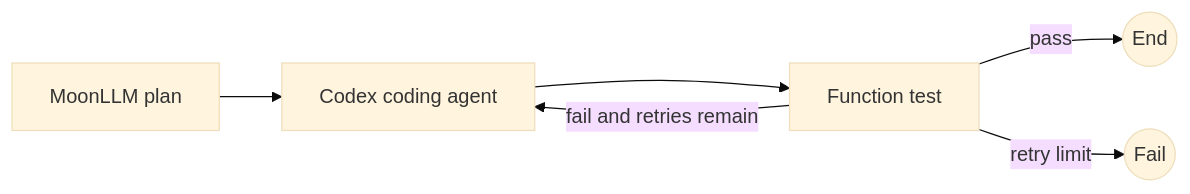
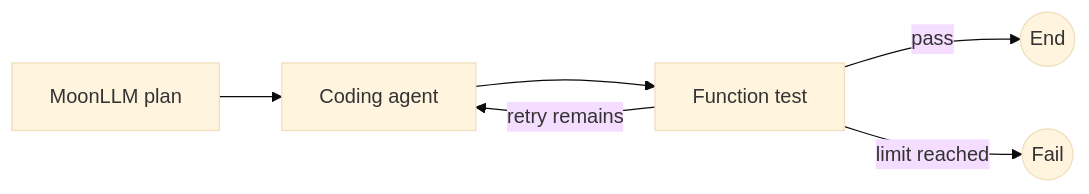
Before and after one commit to totto2727-org/monorepo: the diagram in mbt/package/moon-agent-graph/docs/testing.ja.md, drawn with Mermaid (base theme). The commit also changed other lines of this file and 11 other files, not shown here.

Commit message:
docs(moon-agent-graph): finalize runtime guide

````diff
--- a/mbt/package/moon-agent-graph/docs/testing.ja.md
+++ b/mbt/package/moon-agent-graph/docs/testing.ja.md
@@ -328,8 +116,8 @@
 ```mermaid
 flowchart LR
-  Plan["MoonLLM plan"] --> Implement["Codex coding agent"]
+  Plan["MoonLLM plan"] --> Implement["Coding agent"]
   Implement --> Test["Function test"]
   Test -->|"pass"| End(("End"))
-  Test -->|"fail and retries remain"| Implement
-  Test -->|"retry limit"| Fail(("Fail"))
+  Test -->|"retry remains"| Implement
+  Test -->|"limit reached"| Fail(("Fail"))
 ```
````
